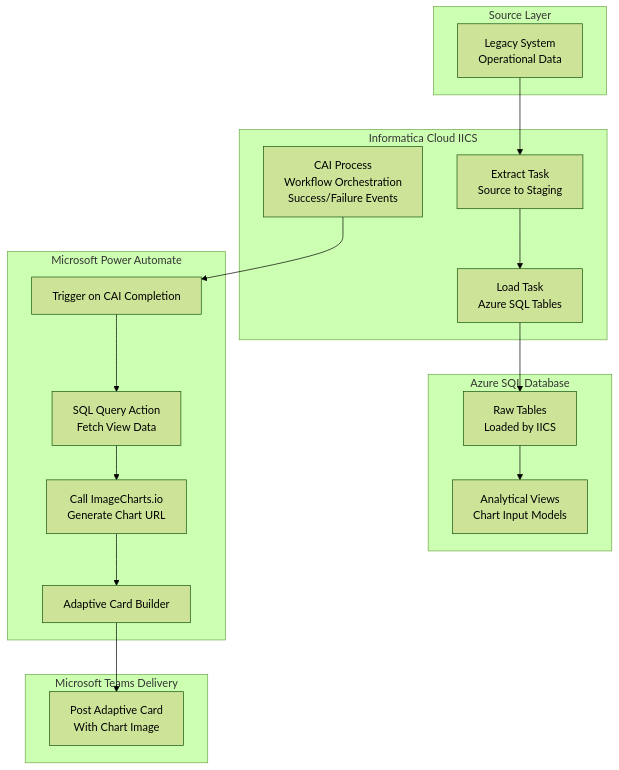
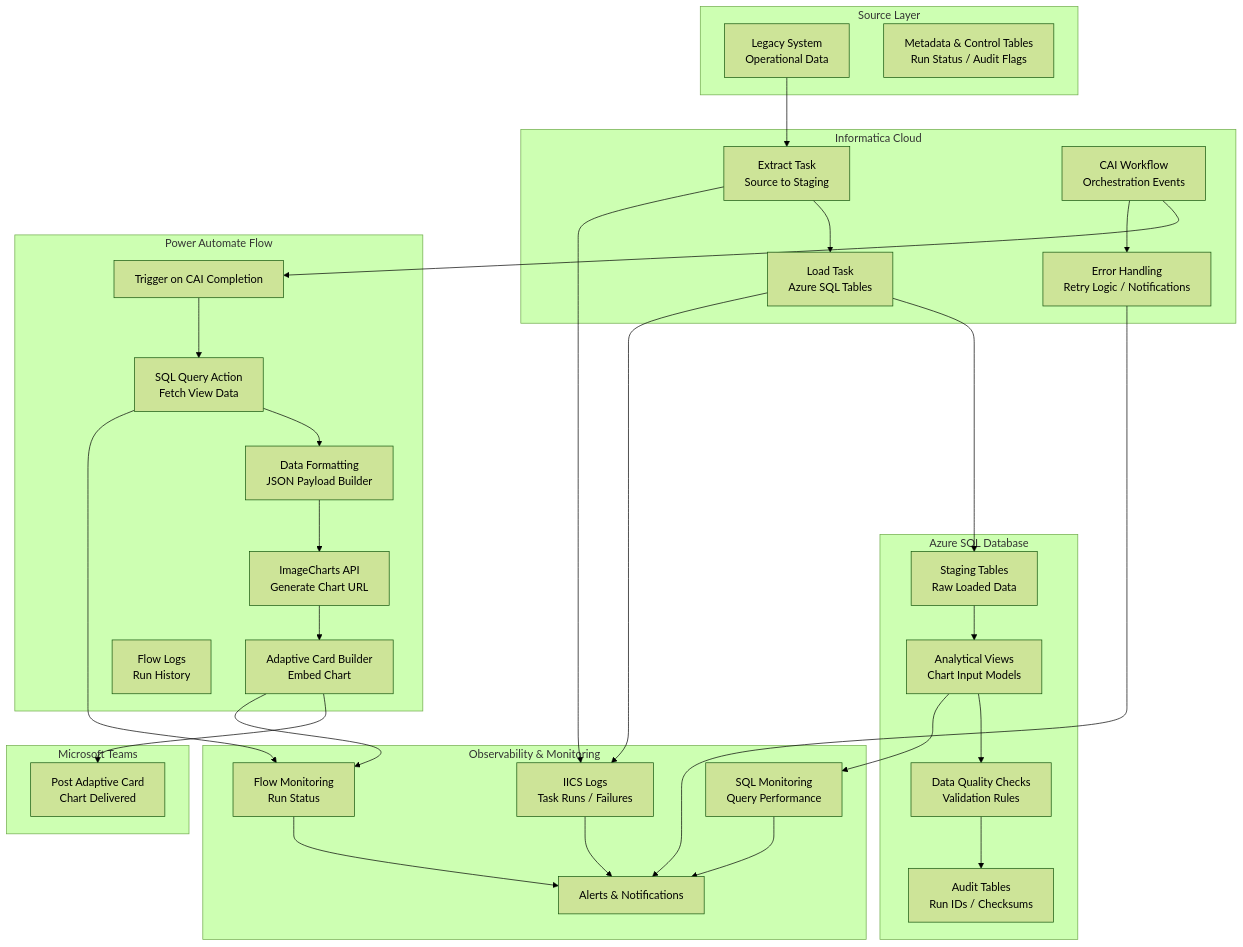
The diagram in informatica-cloud-azure-sql-imagecharts/README.md (singh-engineer/architecture-portfolio), drawn with Mermaid (forest theme) before and after one commit.

Commit message:
Enhance README with detailed flowchart sections

````diff
--- a/informatica-cloud-azure-sql-imagecharts/README.md
+++ b/informatica-cloud-azure-sql-imagecharts/README.md
@@ -12,45 +12,92 @@
 ```mermaid
 flowchart TB
 
-    %% SOURCE
+    %% ============================
+    %% SOURCE SYSTEM
+    %% ============================
     subgraph SRC[Source Layer]
         LEGACY[Legacy System<br/>Operational Data]
+        METADATA[Metadata & Control Tables<br/>Run Status / Audit Flags]
     end
 
+    %% ============================
     %% INFORMATICA CLOUD
-    subgraph IICS[Informatica Cloud IICS]
+    %% ============================
+    subgraph IICS[Informatica Cloud]
         EXTRACT[Extract Task<br/>Source to Staging]
         LOAD[Load Task<br/>Azure SQL Tables]
-        CAI[CAI Process<br/>Workflow Orchestration<br/>Success/Failure Events]
+        CAI[CAI Workflow<br/>Orchestration Events]
+        ERR[Error Handling<br/>Retry Logic / Notifications]
     end
 
-    %% AZURE SQL
+    %% ============================
+    %% AZURE SQL DATABASE
+    %% ============================
     subgraph SQL[Azure SQL Database]
-        TABLES[Raw Tables<br/>Loaded by IICS]
+        STAGING[Staging Tables<br/>Raw Loaded Data]
         VIEWS[Analytical Views<br/>Chart Input Models]
+        DQ[Data Quality Checks<br/>Validation Rules]
+        AUDIT[Audit Tables<br/>Run IDs / Checksums]
     end
 
-    %% AUTOMATION
-    subgraph FLOW[Microsoft Power Automate]
+    %% ============================
+    %% POWER AUTOMATE
+    %% ============================
+    subgraph FLOW[Power Automate Flow]
         TRIGGER[Trigger on CAI Completion]
         QUERY[SQL Query Action<br/>Fetch View Data]
-        IMGAPI[Call ImageCharts.io<br/>Generate Chart URL]
-        ADAPT[Adaptive Card Builder]
+        FORMAT[Data Formatting<br/>JSON Payload Builder]
+        IMGAPI[ImageCharts API<br/>Generate Chart URL]
+        ADAPT[Adaptive Card Builder<br/>Embed Chart]
+        FLOWLOGS[Flow Logs<br/>Run History]
     end
 
-    %% DELIVERY
-    subgraph TEAMS[Microsoft Teams Delivery]
-        POST[Post Adaptive Card<br/>With Chart Image]
+    %% ============================
+    %% TEAMS DELIVERY
+    %% ============================
+    subgraph TEAMS[Microsoft Teams]
+        POST[Post Adaptive Card<br/>Chart Delivered]
     end
 
+    %% ============================
+    %% OBSERVABILITY
+    %% ============================
+    subgraph OBS[Observability & Monitoring]
+        IICSLOGS[IICS Logs<br/>Task Runs / Failures]
+        SQLMON[SQL Monitoring<br/>Query Performance]
+        FLOWMON[Flow Monitoring<br/>Run Status]
+        ALERTS[Alerts & Notifications]
+    end
+
+    %% ============================
     %% FLOWS
+    %% ============================
+
     LEGACY --> EXTRACT
     EXTRACT --> LOAD
-    LOAD --> TABLES
-    TABLES --> VIEWS
+    LOAD --> STAGING
+    STAGING --> VIEWS
+    VIEWS --> DQ
+    DQ --> AUDIT
+
     CAI --> TRIGGER
     TRIGGER --> QUERY
-    QUERY --> IMGAPI
+    QUERY --> FORMAT
+    FORMAT --> IMGAPI
     IMGAPI --> ADAPT
     ADAPT --> POST
+
+    %% OBSERVABILITY CONNECTIONS
+    EXTRACT --> IICSLOGS
+    LOAD --> IICSLOGS
+    VIEWS --> SQLMON
+    QUERY --> FLOWMON
+    ADAPT --> FLOWMON
+    FLOWMON --> ALERTS
+    IICSLOGS --> ALERTS
+    SQLMON --> ALERTS
+
+    %% ERROR HANDLING
+    CAI --> ERR
+    ERR --> ALERTS
 ```
````
